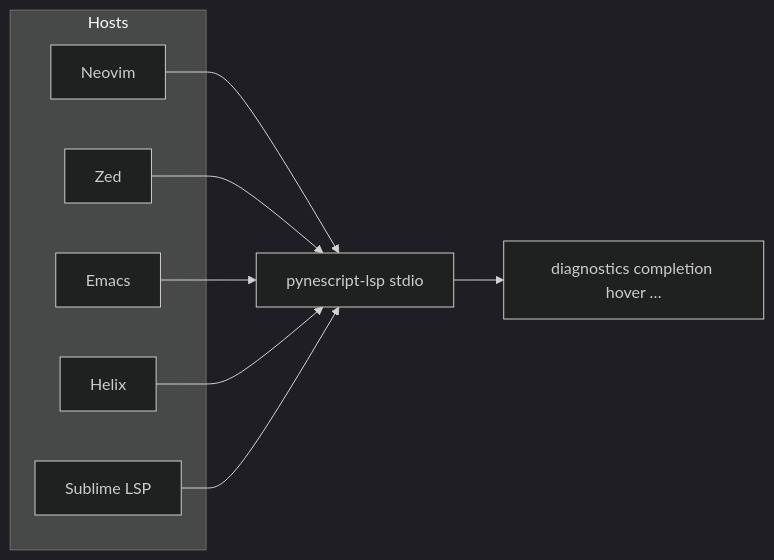
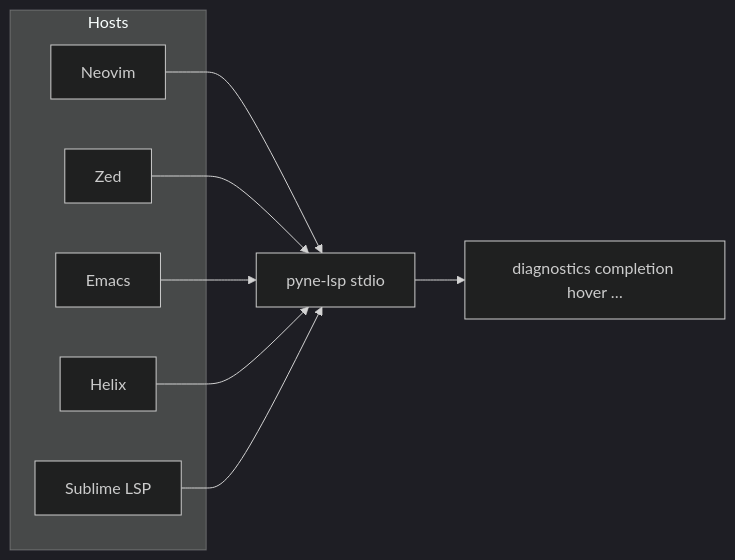
Before and after one commit to hoox-sh/pyne: the diagram in docs/pyne/lsp/clients.mdx, drawn with Mermaid (dark theme). The commit also changed other lines of this file and 26 other files, not shown here.

First line of the commit message:
feat(cli): prefer pyne / pyne-lsp console names with aliases

````diff
--- a/docs/pyne/lsp/clients.mdx
+++ b/docs/pyne/lsp/clients.mdx
@@ -41,16 +41,16 @@
 ```mermaid
 flowchart LR
   subgraph Hosts
     NV[Neovim]
     ZD[Zed]
     EM[Emacs]
     HX[Helix]
     SB[Sublime LSP]
   end
   NV --> STDIO
   ZD --> STDIO
   EM --> STDIO
   HX --> STDIO
   SB --> STDIO
-  STDIO[pynescript-lsp stdio] --> FEAT[diagnostics completion hover …]
+  STDIO[pyne-lsp stdio] --> FEAT[diagnostics completion hover …]
 ```
````
